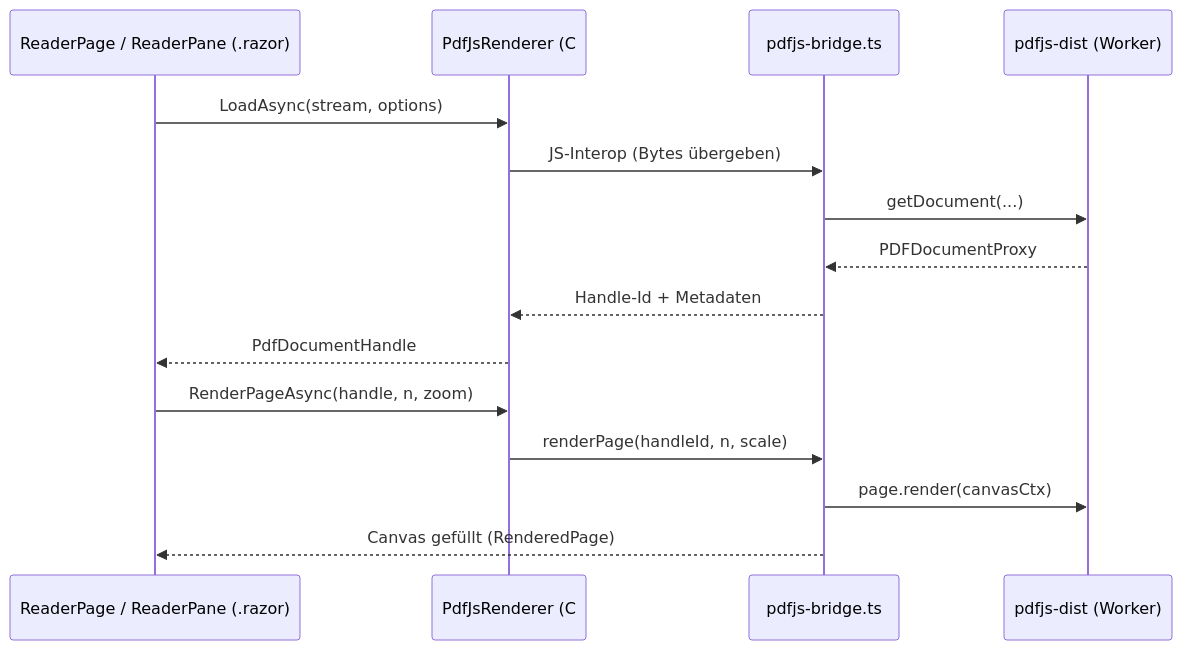
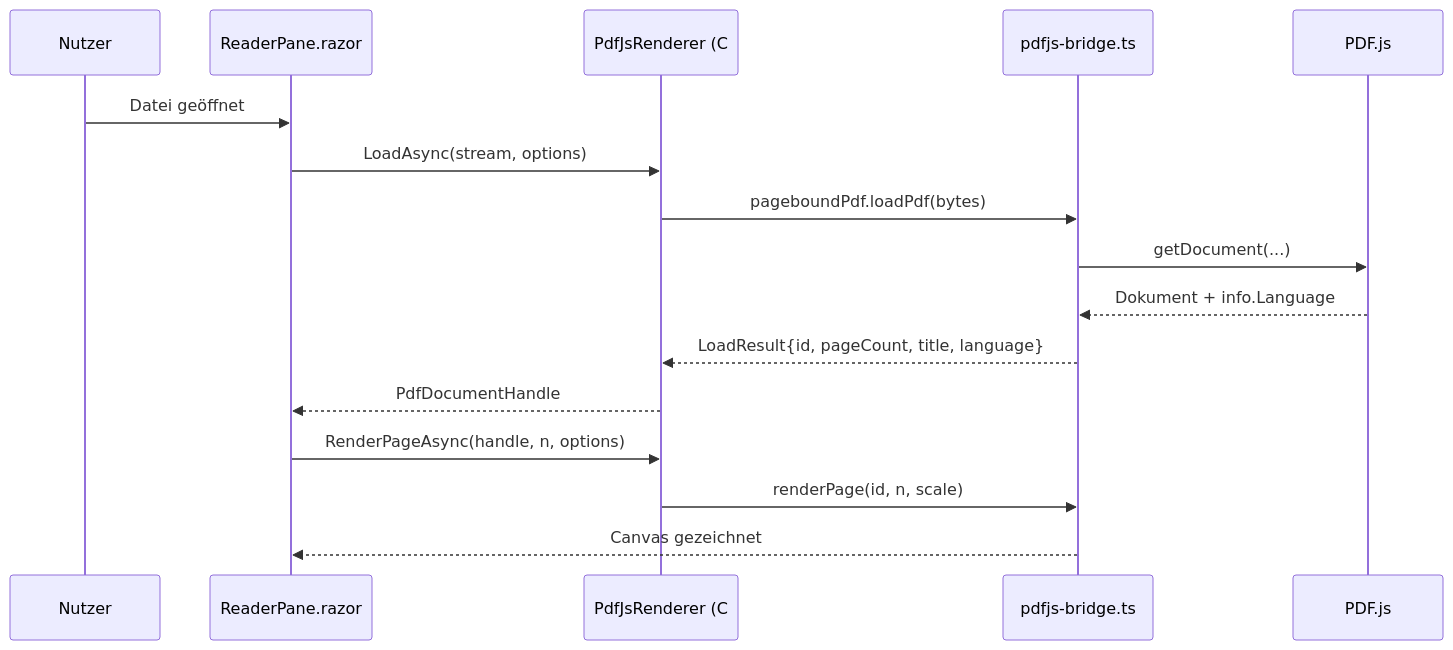
One commit to LupusMalusDeviant/Pagebound changed the diagram in docs/blueprints/pdf-reader.md. Above: the diagram before and after it, drawn with Mermaid. The commit also changed other lines of this file and 26 other files, not shown here.

````diff
--- a/docs/blueprints/pdf-reader.md
+++ b/docs/blueprints/pdf-reader.md
@@ -45,18 +65,18 @@
 ```mermaid
 sequenceDiagram
-    participant UI as ReaderPage / ReaderPane (.razor)
+    participant U as Nutzer
+    participant P as ReaderPane.razor
     participant R as PdfJsRenderer (C#)
     participant B as pdfjs-bridge.ts
-    participant P as pdfjs-dist (Worker)
-
-    UI->>R: LoadAsync(stream, options)
-    R->>B: JS-Interop (Bytes übergeben)
-    B->>P: getDocument(...)
-    P-->>B: PDFDocumentProxy
-    B-->>R: Handle-Id + Metadaten
-    R-->>UI: PdfDocumentHandle
-    UI->>R: RenderPageAsync(handle, n, zoom)
-    R->>B: renderPage(handleId, n, scale)
-    B->>P: page.render(canvasCtx)
-    B-->>UI: Canvas gefüllt (RenderedPage)
+    participant J as PDF.js
+    U->>P: Datei geöffnet
+    P->>R: LoadAsync(stream, options)
+    R->>B: pageboundPdf.loadPdf(bytes)
+    B->>J: getDocument(...)
+    J-->>B: Dokument + info.Language
+    B-->>R: LoadResult{id, pageCount, title, language}
+    R-->>P: PdfDocumentHandle
+    P->>R: RenderPageAsync(handle, n, options)
+    R->>B: renderPage(id, n, scale)
+    B-->>P: Canvas gezeichnet
 ```
````
